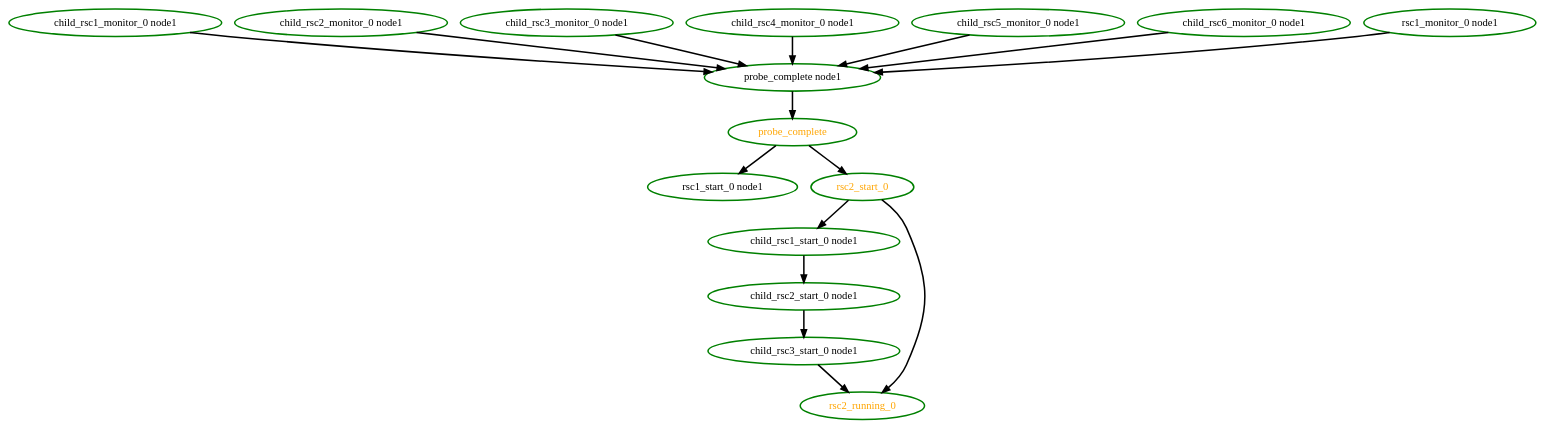
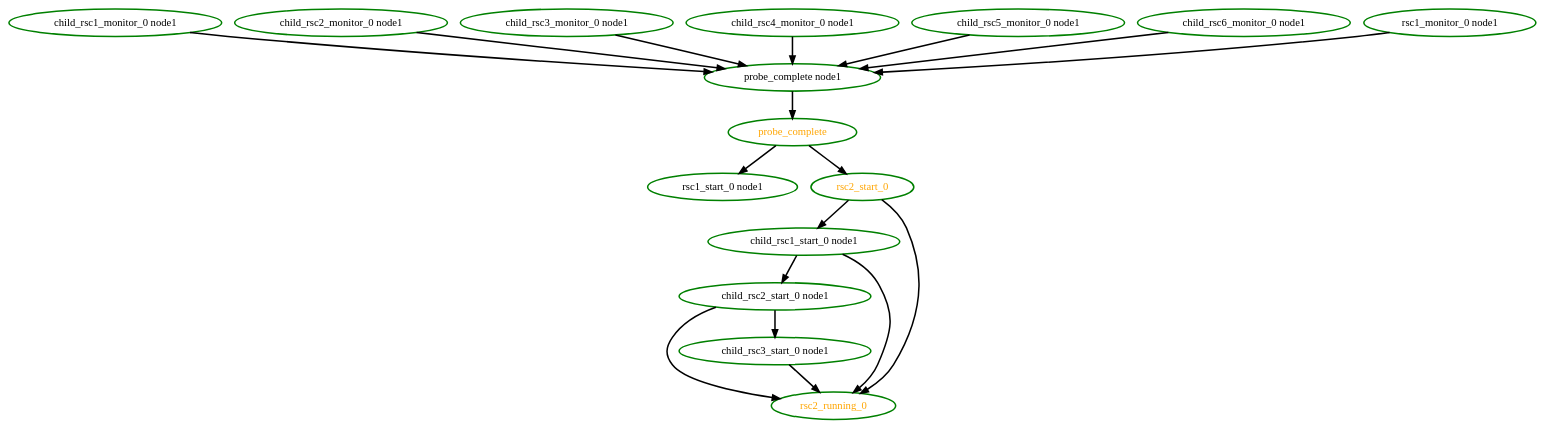
One commit to richiewen8/heartbeat changed the diagram in crm/pengine/testcases/group8.dot. Above: the diagram before and after it, drawn with Graphviz. The commit also changed 40 other files, not shown here.

```diff
--- a/crm/pengine/testcases/group8.dot
+++ b/crm/pengine/testcases/group8.dot
@@ -1,32 +1,34 @@
  digraph "g" {
 "child_rsc1_monitor_0 node1" -> "probe_complete node1" [ style = bold]
 "child_rsc1_monitor_0 node1" [ style=bold color="green" fontcolor="black" ]
 "child_rsc1_start_0 node1" -> "child_rsc2_start_0 node1" [ style = bold]
+"child_rsc1_start_0 node1" -> "rsc2_running_0" [ style = bold]
 "child_rsc1_start_0 node1" [ style=bold color="green" fontcolor="black" ]
 "child_rsc2_monitor_0 node1" -> "probe_complete node1" [ style = bold]
 "child_rsc2_monitor_0 node1" [ style=bold color="green" fontcolor="black" ]
 "child_rsc2_start_0 node1" -> "child_rsc3_start_0 node1" [ style = bold]
+"child_rsc2_start_0 node1" -> "rsc2_running_0" [ style = bold]
 "child_rsc2_start_0 node1" [ style=bold color="green" fontcolor="black" ]
 "child_rsc3_monitor_0 node1" -> "probe_complete node1" [ style = bold]
 "child_rsc3_monitor_0 node1" [ style=bold color="green" fontcolor="black" ]
 "child_rsc3_start_0 node1" -> "rsc2_running_0" [ style = bold]
 "child_rsc3_start_0 node1" [ style=bold color="green" fontcolor="black" ]
 "child_rsc4_monitor_0 node1" -> "probe_complete node1" [ style = bold]
 "child_rsc4_monitor_0 node1" [ style=bold color="green" fontcolor="black" ]
 "child_rsc5_monitor_0 node1" -> "probe_complete node1" [ style = bold]
 "child_rsc5_monitor_0 node1" [ style=bold color="green" fontcolor="black" ]
 "child_rsc6_monitor_0 node1" -> "probe_complete node1" [ style = bold]
 "child_rsc6_monitor_0 node1" [ style=bold color="green" fontcolor="black" ]
 "probe_complete node1" -> "probe_complete" [ style = bold]
 "probe_complete node1" [ style=bold color="green" fontcolor="black" ]
 "probe_complete" -> "rsc1_start_0 node1" [ style = bold]
 "probe_complete" -> "rsc2_start_0" [ style = bold]
 "probe_complete" [ style=bold color="green" fontcolor="orange" ]
 "rsc1_monitor_0 node1" -> "probe_complete node1" [ style = bold]
 "rsc1_monitor_0 node1" [ style=bold color="green" fontcolor="black" ]
 "rsc1_start_0 node1" [ style=bold color="green" fontcolor="black" ]
 "rsc2_running_0" [ style=bold color="green" fontcolor="orange" ]
 "rsc2_start_0" -> "child_rsc1_start_0 node1" [ style = bold]
 "rsc2_start_0" -> "rsc2_running_0" [ style = bold]
 "rsc2_start_0" [ style=bold color="green" fontcolor="orange" ]
 }
```
